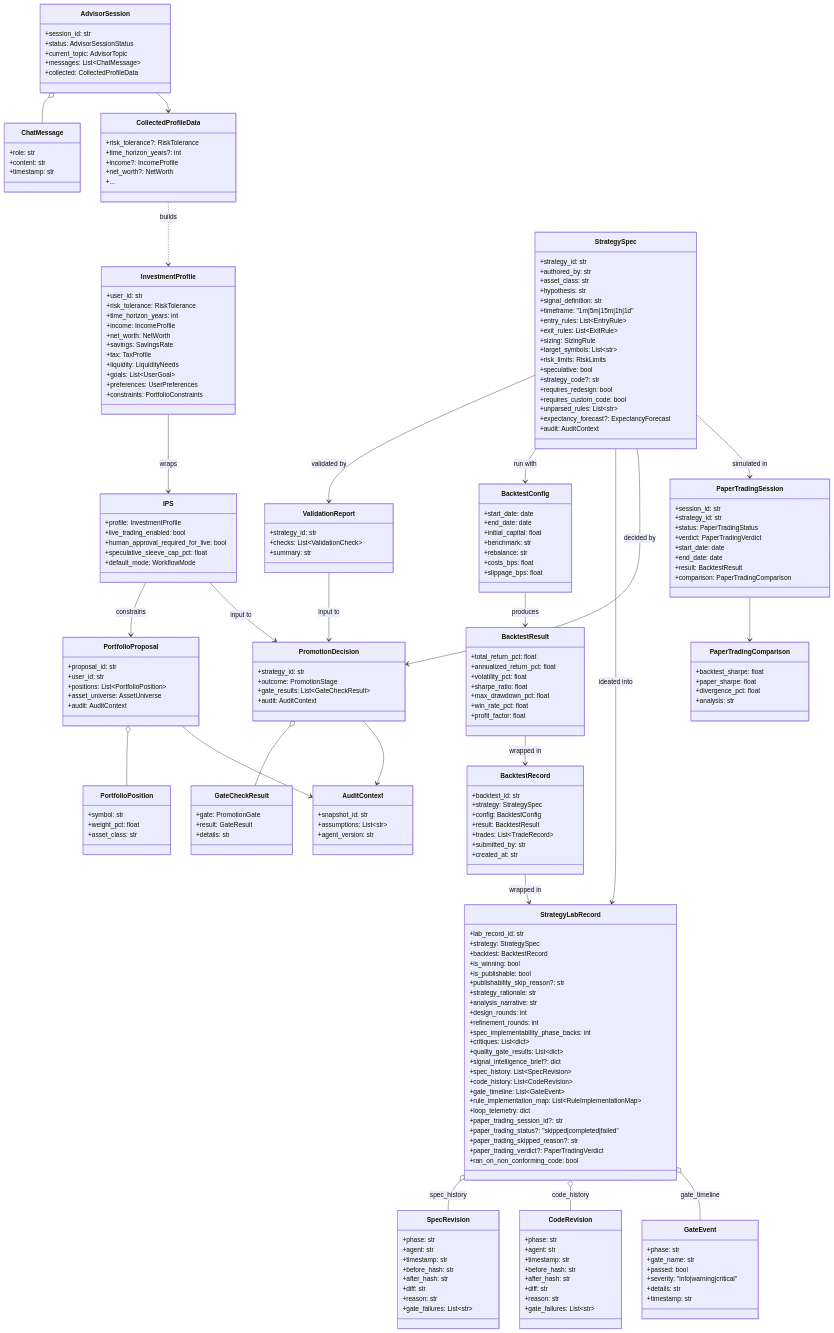
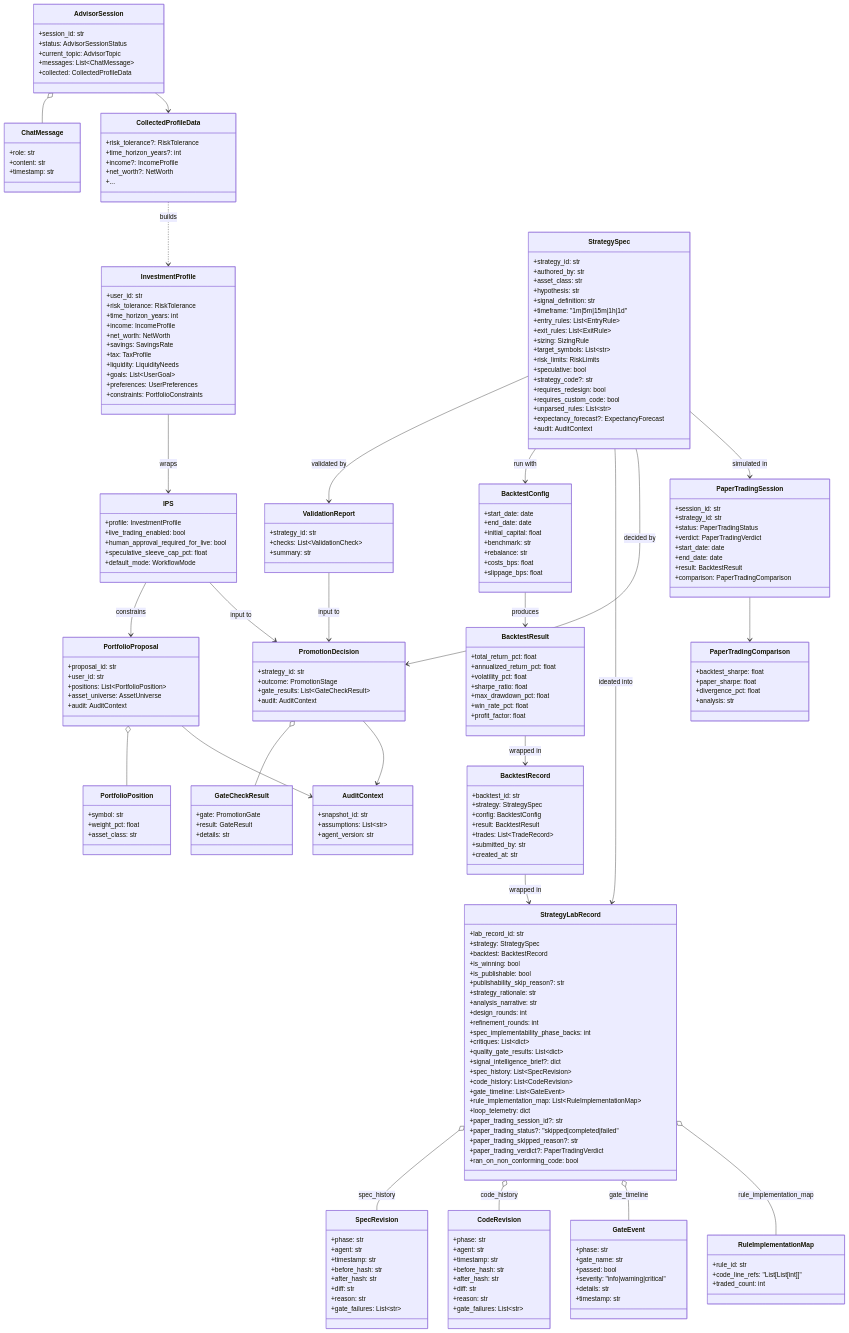
The second of 2 diagrams in backend/agents/investment_team/system_design/system_design.md (brandonkindred/Khala-Agentic-AI-Teams), drawn with Mermaid before and after one commit. The commit also changed other lines of this file and 7 other files, not shown here.

````diff
--- a/backend/agents/investment_team/system_design/system_design.md
+++ b/backend/agents/investment_team/system_design/system_design.md
@@ -314,6 +314,11 @@
       +details: str
       +timestamp: str
     }
+    class RuleImplementationMap {
+      +rule_id: str
+      +code_line_refs: "List[List[int]]"
+      +traded_count: int
+    }
     class PromotionDecision {
       +strategy_id: str
       +outcome: PromotionStage
@@ -389,4 +394,5 @@
     StrategyLabRecord o-- SpecRevision : spec_history
     StrategyLabRecord o-- CodeRevision : code_history
     StrategyLabRecord o-- GateEvent : gate_timeline
+    StrategyLabRecord o-- RuleImplementationMap : rule_implementation_map
 ```
````
